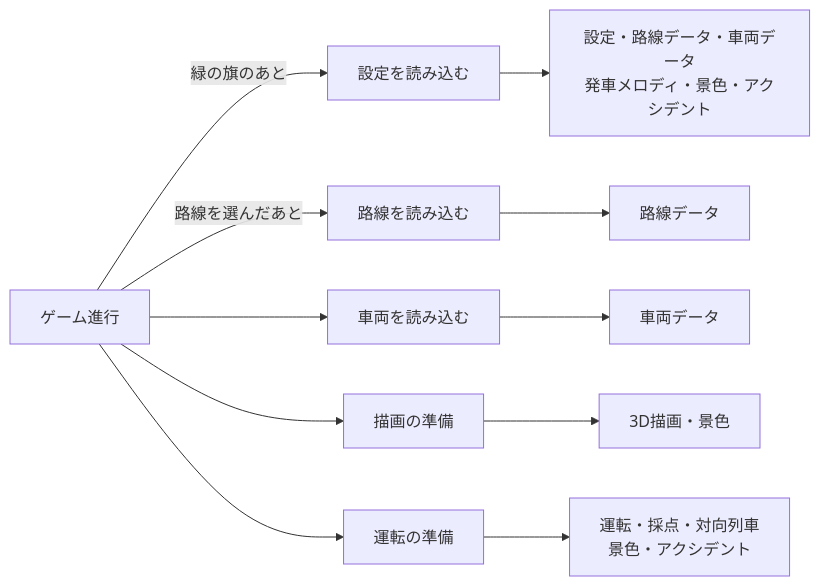
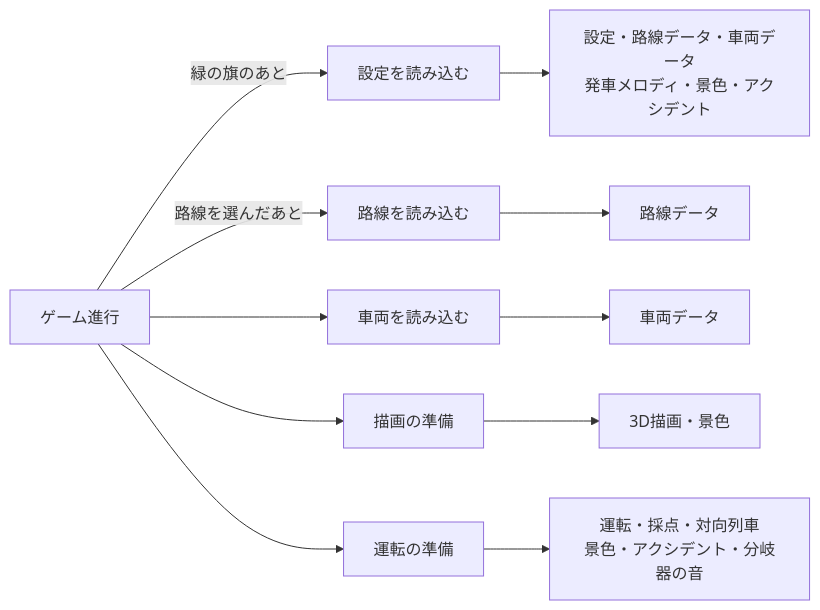
Before and after one commit to hagishun/TRAIN-GAME-TRIALE: the second of 11 diagrams in docs/scratch-guide.md, drawn with Mermaid. The commit also changed other lines of this file and 13 other files, not shown here.

````diff
--- a/docs/scratch-guide.md
+++ b/docs/scratch-guide.md
@@ -225,19 +230,19 @@
 ```mermaid
 flowchart LR
   G["ゲーム進行"]
   m1["設定を読み込む"]
   m2["路線を読み込む"]
   m3["車両を読み込む"]
   m4["描画の準備"]
   m5["運転の準備"]
   r1["設定・路線データ・車両データ<br/>発車メロディ・景色・アクシデント"]
   r2["路線データ"]
   r3["車両データ"]
   r4["3D描画・景色"]
-  r5["運転・採点・対向列車<br/>景色・アクシデント"]
+  r5["運転・採点・対向列車<br/>景色・アクシデント・分岐器の音"]
   G -->|"緑の旗のあと"| m1 --> r1
   G -->|"路線を選んだあと"| m2 --> r2
   G --> m3 --> r3
   G --> m4 --> r4
   G --> m5 --> r5
 ```
````
